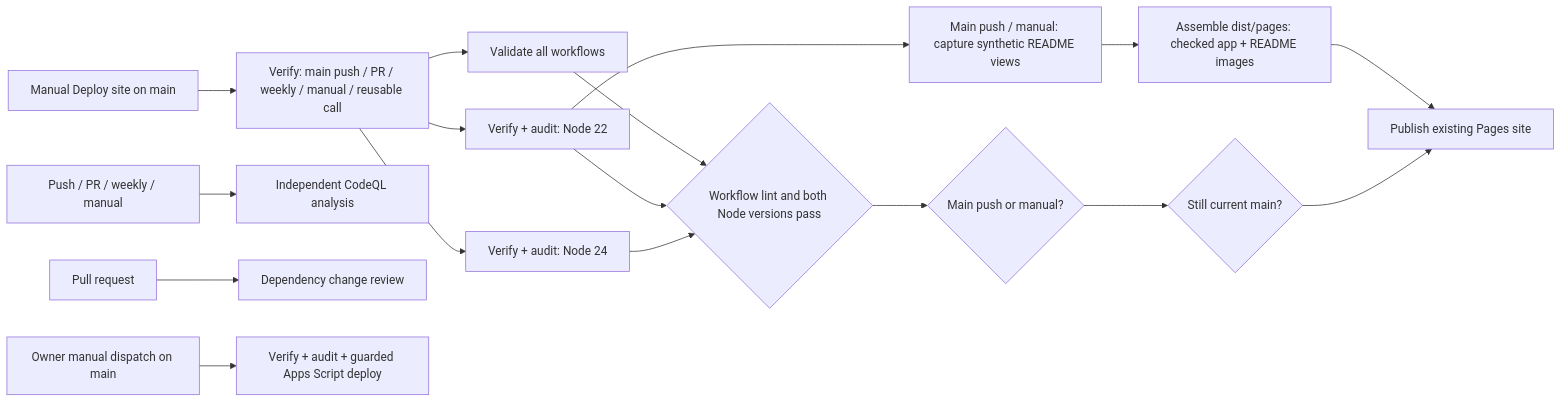
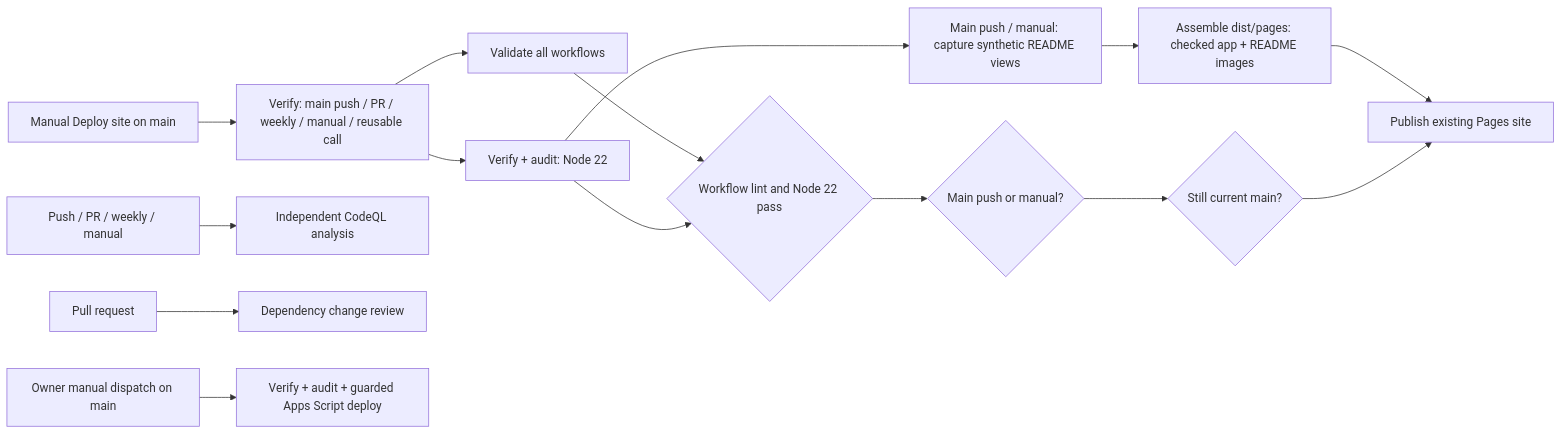
The diagram in docs/operations/github-actions.md (AlbiDR/FolioDash), drawn with Mermaid before and after one commit. The commit also changed other lines of this file and 4 other files, not shown here.

Commit message:
ci: verify on Node 22 only

````diff
--- a/docs/operations/github-actions.md
+++ b/docs/operations/github-actions.md
@@ -7,19 +7,17 @@
 ```mermaid
 flowchart LR
     manual[Manual Deploy site on main] --> events[Verify: main push / PR / weekly / manual / reusable call]
     events --> workflows[Validate all workflows]
     events --> node22[Verify + audit: Node 22]
-    events --> node24[Verify + audit: Node 24]
     node22 --> capture[Main push / manual: capture synthetic README views]
     capture --> artifact[Assemble dist/pages: checked app + README images]
-    workflows --> gate{Workflow lint and both Node versions pass}
+    workflows --> gate{Workflow lint and Node 22 pass}
     node22 --> gate
-    node24 --> gate
     gate --> eligible{Main push or manual?}
     eligible --> current{Still current main?}
     artifact --> pages[Publish existing Pages site]
     current --> pages
     security[Push / PR / weekly / manual] --> codeql[Independent CodeQL analysis]
     pr[Pull request] --> review[Dependency change review]
     owner[Owner manual dispatch on main] --> script[Verify + audit + guarded Apps Script deploy]
 ```
````
